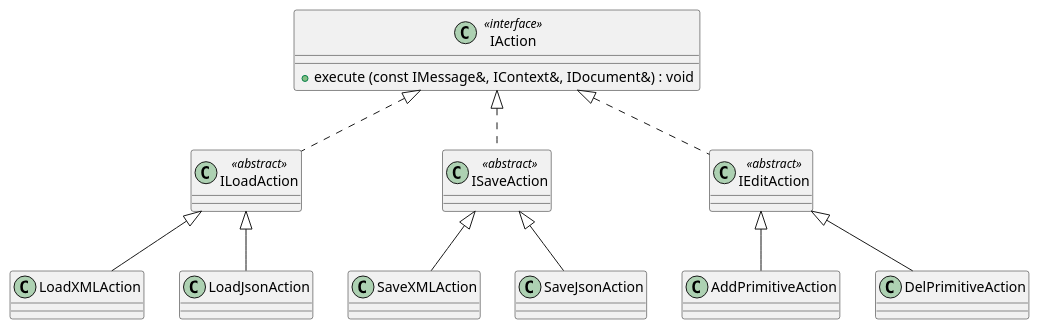
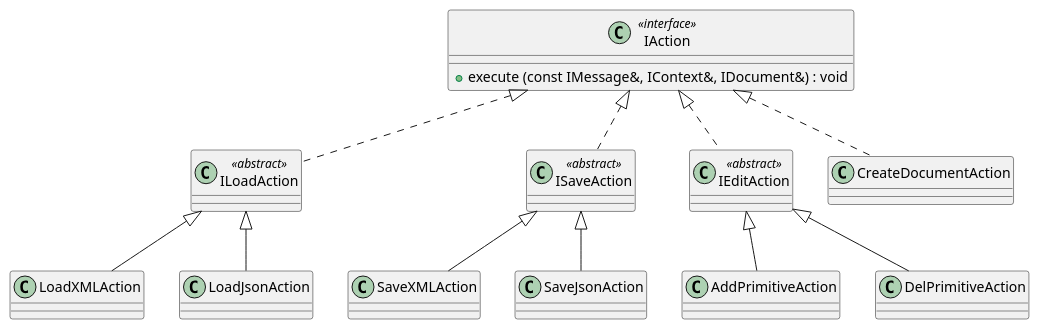
Before and after one commit to CheskisVladimir/otus-2025: the diagram in Editor/plant_uml/actions.puml, drawn with PlantUML. The commit also changed 2 other files, not shown here.

Commit message:
main + create doc

```diff
--- a/Editor/plant_uml/actions.puml
+++ b/Editor/plant_uml/actions.puml
@@ -1,38 +1,43 @@
 @startuml
 class IAction <<interface>> {
    + execute (const IMessage&, IContext&, IDocument&) : void
 
 }
 
 class ILoadAction <<abstract>> {
 }
 
 class ISaveAction <<abstract>> {
 }
 
 class IEditAction <<abstract>> {
 }
 
+class CreateDocumentAction{}
+
 class SaveXMLAction{}
 class SaveJsonAction{}
 
 class LoadXMLAction{}
 class LoadJsonAction{}
 
 class AddPrimitiveAction{}
 class DelPrimitiveAction{}
 
+
 IAction <|.. ILoadAction
 IAction <|.. ISaveAction
 IAction <|.. IEditAction
+IAction <|.. CreateDocumentAction
+
 
 ISaveAction <|-- SaveXMLAction
 ISaveAction <|-- SaveJsonAction
 
 ILoadAction <|-- LoadXMLAction
 ILoadAction <|-- LoadJsonAction
 
 IEditAction <|-- AddPrimitiveAction
 IEditAction <|-- DelPrimitiveAction
 
 @enduml
```
